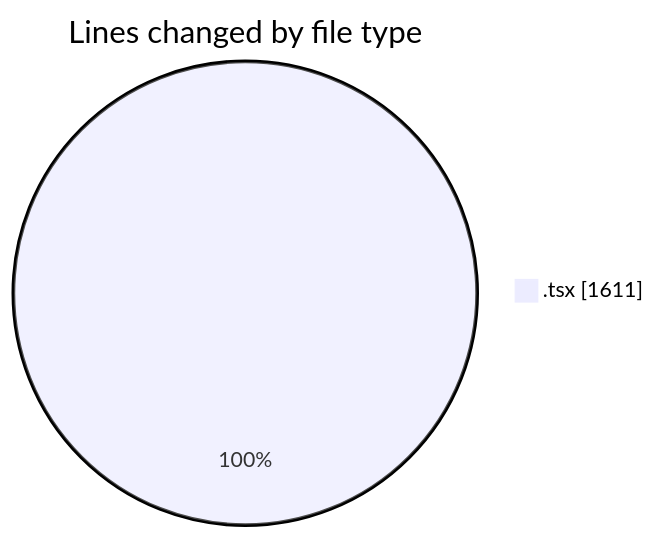
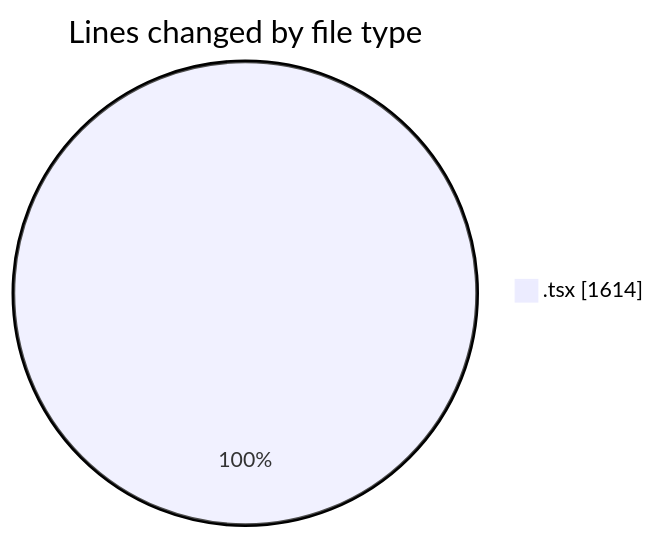
Before and after one commit to momahboobian/code-tracking: the first of 2 diagrams in 2025-06-12/cda/README.md, drawn with Mermaid. The commit also changed other lines of this file and 1 other file, not shown here.

````diff
--- a/2025-06-12/cda/README.md
+++ b/2025-06-12/cda/README.md
@@ -22,5 +22,5 @@
 ```mermaid
 pie showData
 title Lines changed by file type
-".tsx" : 1611
+".tsx" : 1614
 ```
````
